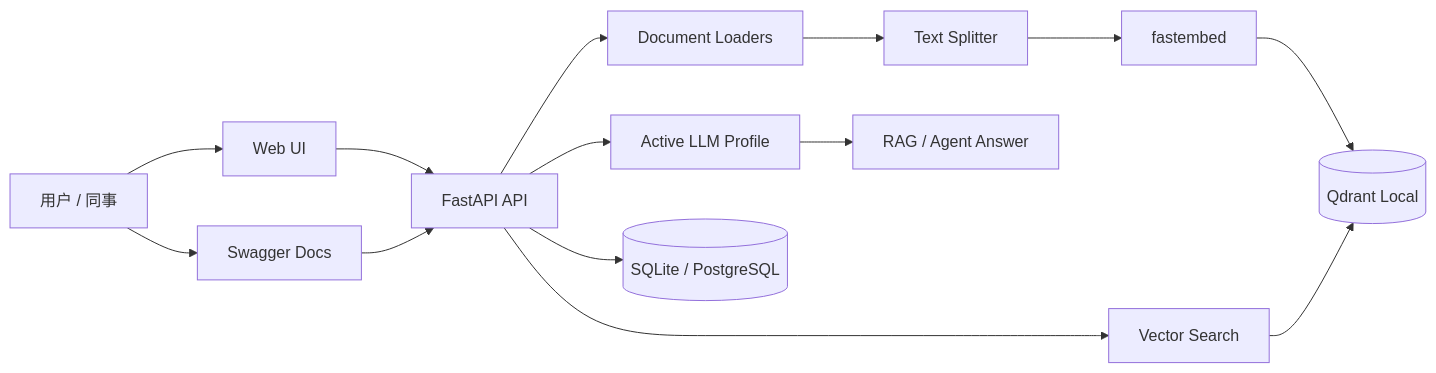
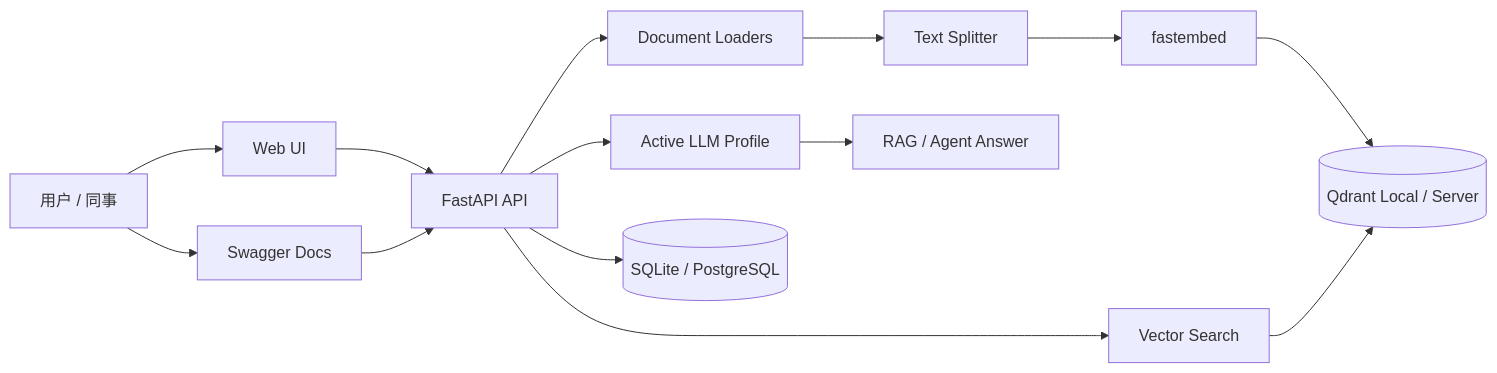
One commit to supadLL/ai-std changed the first of 2 diagrams in projects/rag-pdf-qa/README.md. Above: the diagram before and after it, drawn with Mermaid. The commit also changed other lines of this file and 13 other files, not shown here.

````diff
--- a/projects/rag-pdf-qa/README.md
+++ b/projects/rag-pdf-qa/README.md
@@ -43,16 +43,16 @@
 ```mermaid
 flowchart LR
   User[用户 / 同事] --> WebUI[Web UI]
   User --> Docs[Swagger Docs]
   WebUI --> API[FastAPI API]
   Docs --> API
   API --> Loader[Document Loaders]
   Loader --> Splitter[Text Splitter]
   Splitter --> Embed[fastembed]
-  Embed --> Qdrant[(Qdrant Local)]
+  Embed --> Qdrant[(Qdrant Local / Server)]
   API --> Search[Vector Search]
   Search --> Qdrant
   API --> LLM[Active LLM Profile]
   LLM --> Answer[RAG / Agent Answer]
   API --> Store[(SQLite / PostgreSQL)]
 ```
````
